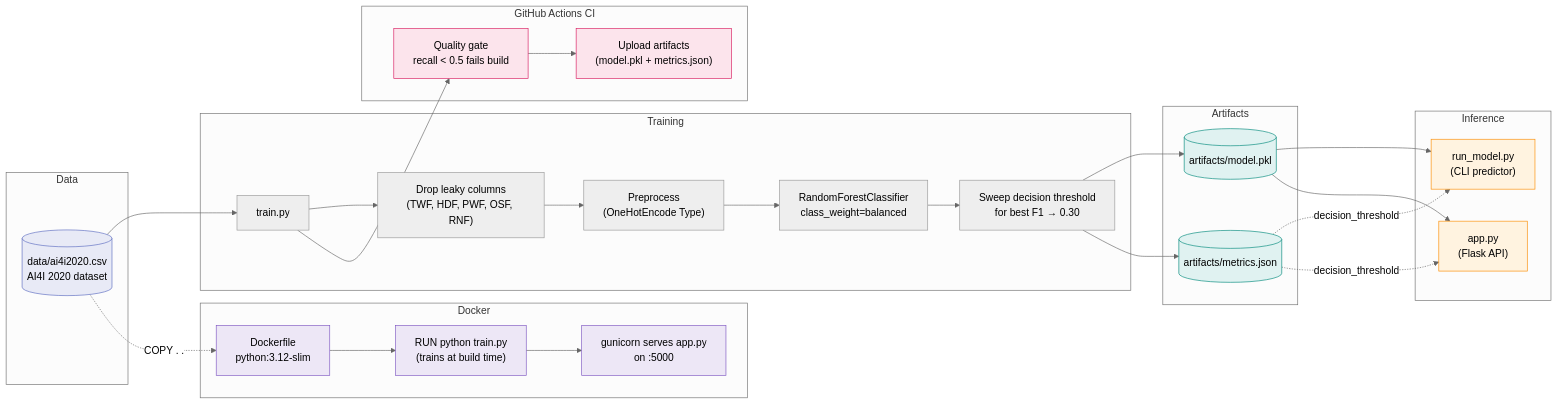
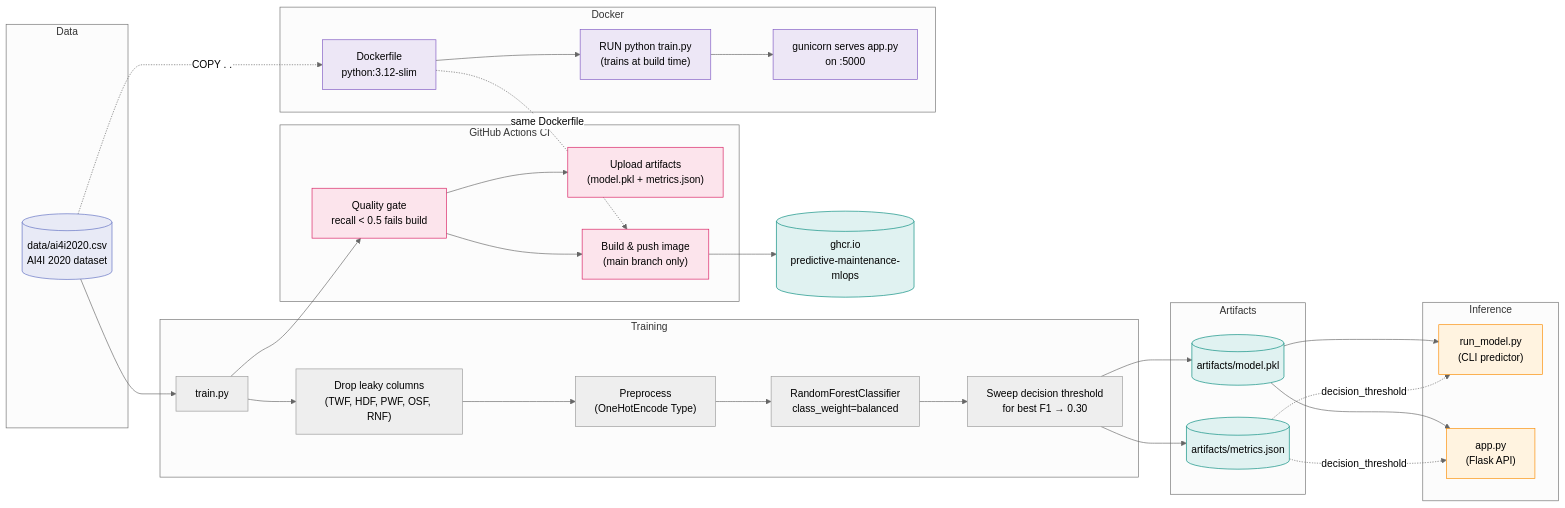
One commit to im-sathiyan-baskaran/predictive-maintenance-mlops changed the diagram in README.md. Above: the diagram before and after it, drawn with Mermaid (neutral theme). The commit also changed other lines of this file and 1 other file, not shown here.

Commit message:
feat: add ghcr.io for CR

````diff
--- a/README.md
+++ b/README.md
@@ -14,56 +15,64 @@
 ```mermaid
 flowchart LR
     subgraph Data
         A[("data/ai4i2020.csv\nAI4I 2020 dataset")]
     end
 
     subgraph Training
         B["train.py"]
         B1["Drop leaky columns\n(TWF, HDF, PWF, OSF, RNF)"]
         B2["Preprocess\n(OneHotEncode Type)"]
         B3["RandomForestClassifier\nclass_weight=balanced"]
         B4["Sweep decision threshold\nfor best F1 → 0.30"]
     end
 
     subgraph Artifacts
         C1[("artifacts/model.pkl")]
         C2[("artifacts/metrics.json")]
     end
 
     subgraph Inference
         D1["run_model.py\n(CLI predictor)"]
         D2["app.py\n(Flask API)"]
     end
 
     subgraph Container["Docker"]
         E1["Dockerfile\npython:3.12-slim"]
         E2["RUN python train.py\n(trains at build time)"]
         E3["gunicorn serves app.py\non :5000"]
     end
 
     subgraph CI["GitHub Actions CI"]
         F["Quality gate\nrecall < 0.5 fails build"]
         G["Upload artifacts\n(model.pkl + metrics.json)"]
+        H["Build & push image\n(main branch only)"]
     end
+
+    R[("ghcr.io\npredictive-maintenance-mlops")]
 
     A --> B --> B1 --> B2 --> B3 --> B4
     B4 --> C1
     B4 --> C2
     C1 --> D1
     C1 --> D2
     C2 -. "decision_threshold" .-> D1
     C2 -. "decision_threshold" .-> D2
     B --> F --> G
+    F --> H
     A -. "COPY . ." .-> E1 --> E2 --> E3
+    E1 -. "same Dockerfile" .-> H
+    H --> R
 
     style A fill:#e8eaf6,stroke:#5c6bc0
     style C1 fill:#e0f2f1,stroke:#00897b
     style C2 fill:#e0f2f1,stroke:#00897b
     style D1 fill:#fff3e0,stroke:#fb8c00
     style D2 fill:#fff3e0,stroke:#fb8c00
     style E1 fill:#ede7f6,stroke:#7e57c2
     style E2 fill:#ede7f6,stroke:#7e57c2
     style E3 fill:#ede7f6,stroke:#7e57c2
     style F fill:#fce4ec,stroke:#d81b60
     style G fill:#fce4ec,stroke:#d81b60
+    style H fill:#fce4ec,stroke:#d81b60
+    style R fill:#e0f2f1,stroke:#00897b
 ```
````
